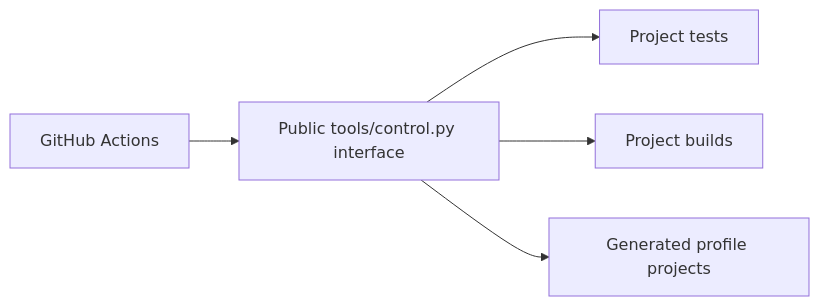
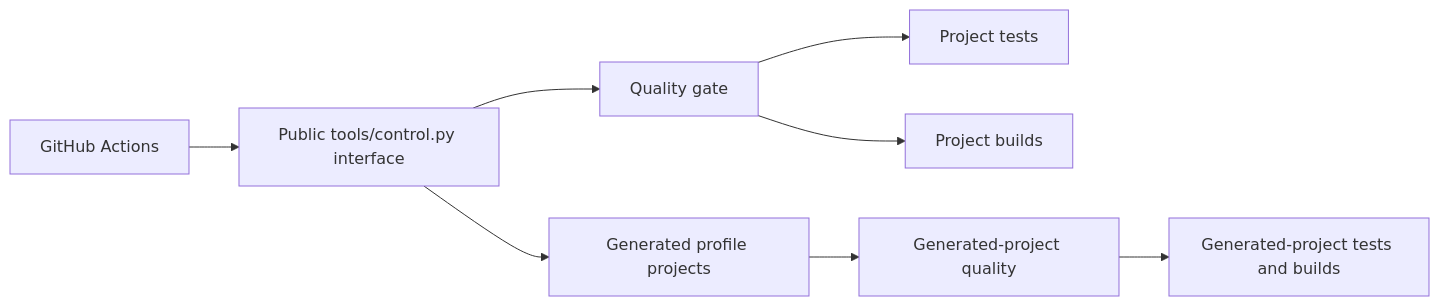
The seventh of 8 diagrams in docs/def/architecture.md (kleiveist/Template-Projekte), drawn with Mermaid before and after one commit. The commit also changed other lines of this file and 181 other files, not shown here.

````diff
--- a/docs/def/architecture.md
+++ b/docs/def/architecture.md
@@ -242,13 +260,19 @@
 ```mermaid
 flowchart LR
     Actions[GitHub Actions]
     CLI[Public tools/control.py interface]
+    Quality[Quality gate]
     Tests[Project tests]
     Builds[Project builds]
     Generated[Generated profile projects]
+    GeneratedQuality[Generated-project quality]
+    GeneratedVerification[Generated-project tests and builds]
 
     Actions --> CLI
-    CLI --> Tests
-    CLI --> Builds
+    CLI --> Quality
+    Quality --> Tests
+    Quality --> Builds
     CLI --> Generated
+    Generated --> GeneratedQuality
+    GeneratedQuality --> GeneratedVerification
 ```
````
